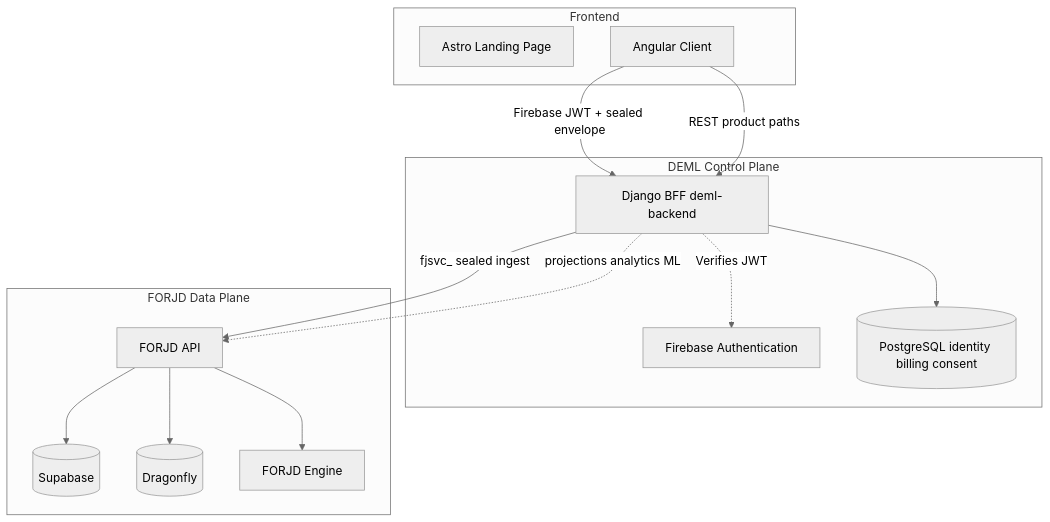
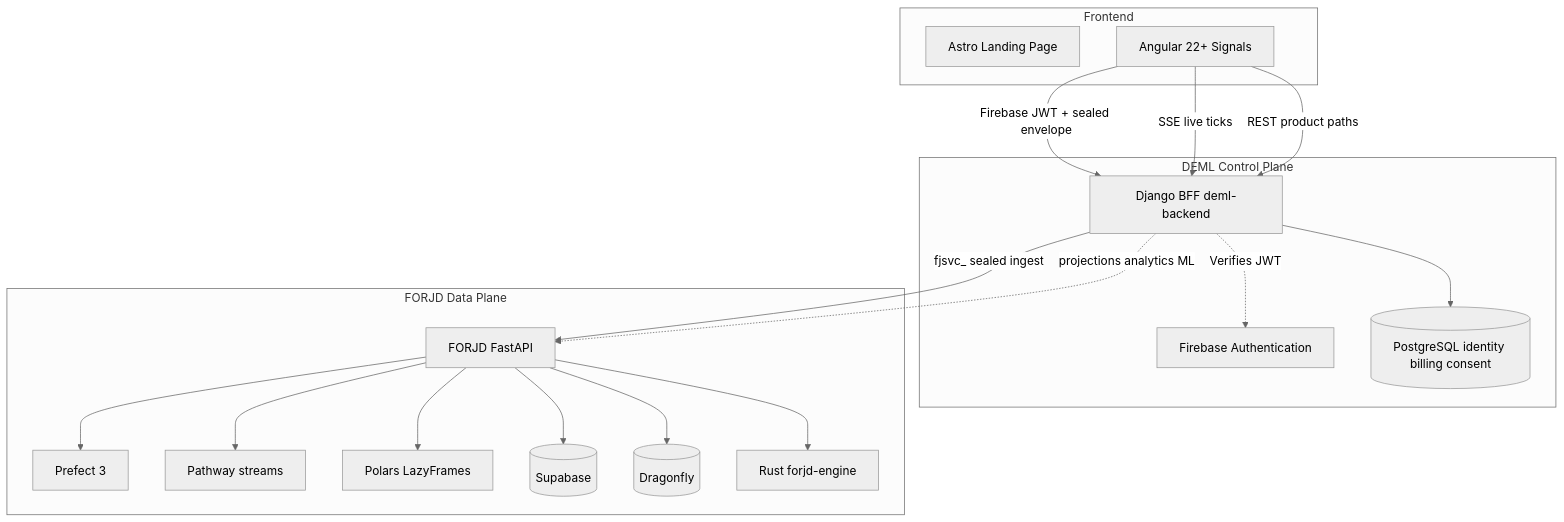
One commit to dataengineeringformachinelearning/dataengineeringformachinelearning changed the diagram in WHITEPAPER.md. Above: the diagram before and after it, drawn with Mermaid (neutral theme). The commit also changed other lines of this file and 38 other files, not shown here.

First line of the commit message:
Modernize dashboard surfaces and align FORJD BFF live contract.

````diff
--- a/WHITEPAPER.md
+++ b/WHITEPAPER.md
@@ -104,30 +116,37 @@
 ```mermaid
 flowchart TB
  subgraph Frontend
  L[Astro Landing Page]
- A[Angular Client]
+ A[Angular 22+ Signals]
  end
 
  subgraph "DEML Control Plane"
  C[Firebase Authentication]
  B[Django BFF deml-backend]
  PG[(PostgreSQL identity billing consent)]
  B -.->|Verifies JWT| C
  B --> PG
  end
 
  subgraph "FORJD Data Plane"
- FJ[FORJD API]
+ FJ[FORJD FastAPI]
+ PREF[Prefect 3]
+ PATH[Pathway streams]
+ POL[Polars LazyFrames]
  SB[(Supabase)]
  DF[(Dragonfly)]
- ENG[FORJD Engine]
+ ENG[Rust forjd-engine]
  end
 
  A -->|Firebase JWT + sealed envelope| B
+ A -->|SSE live ticks| B
  B -->|fjsvc_ sealed ingest| FJ
+ FJ --> PREF
+ FJ --> PATH
+ FJ --> POL
  FJ --> SB
  FJ --> DF
  FJ --> ENG
  A -->|REST product paths| B
  B -.->|projections analytics ML| FJ
 ```
````
